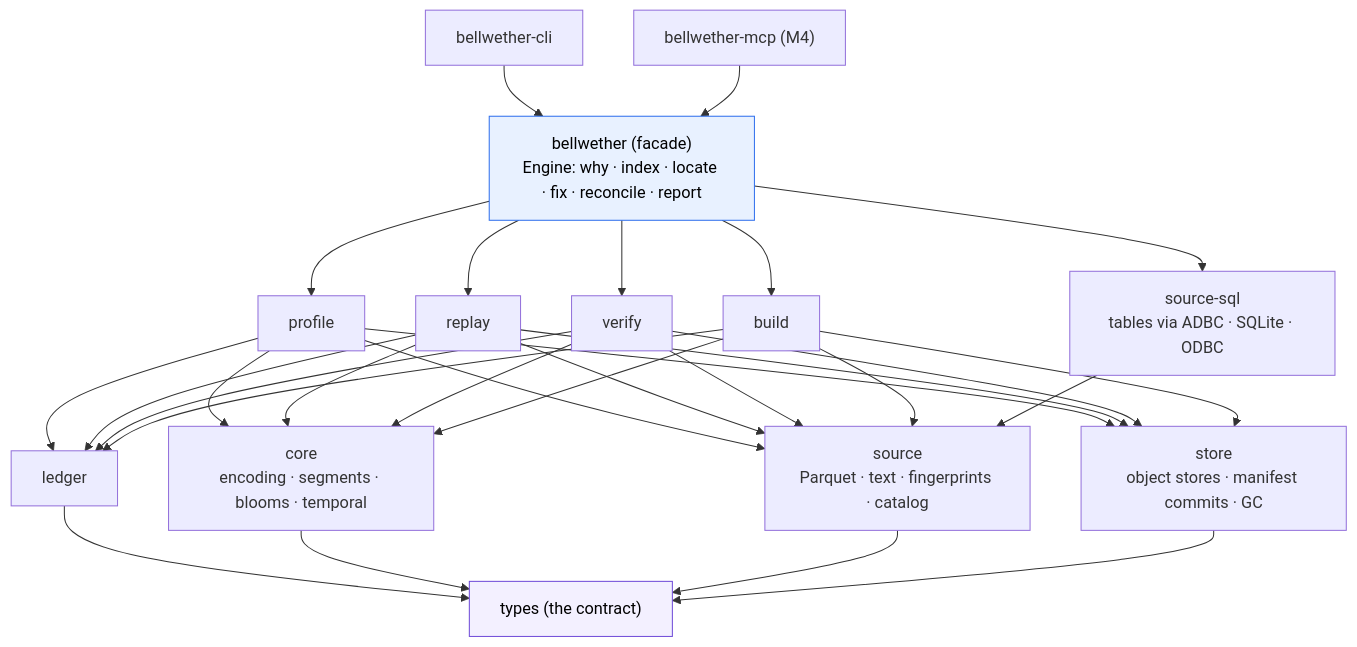
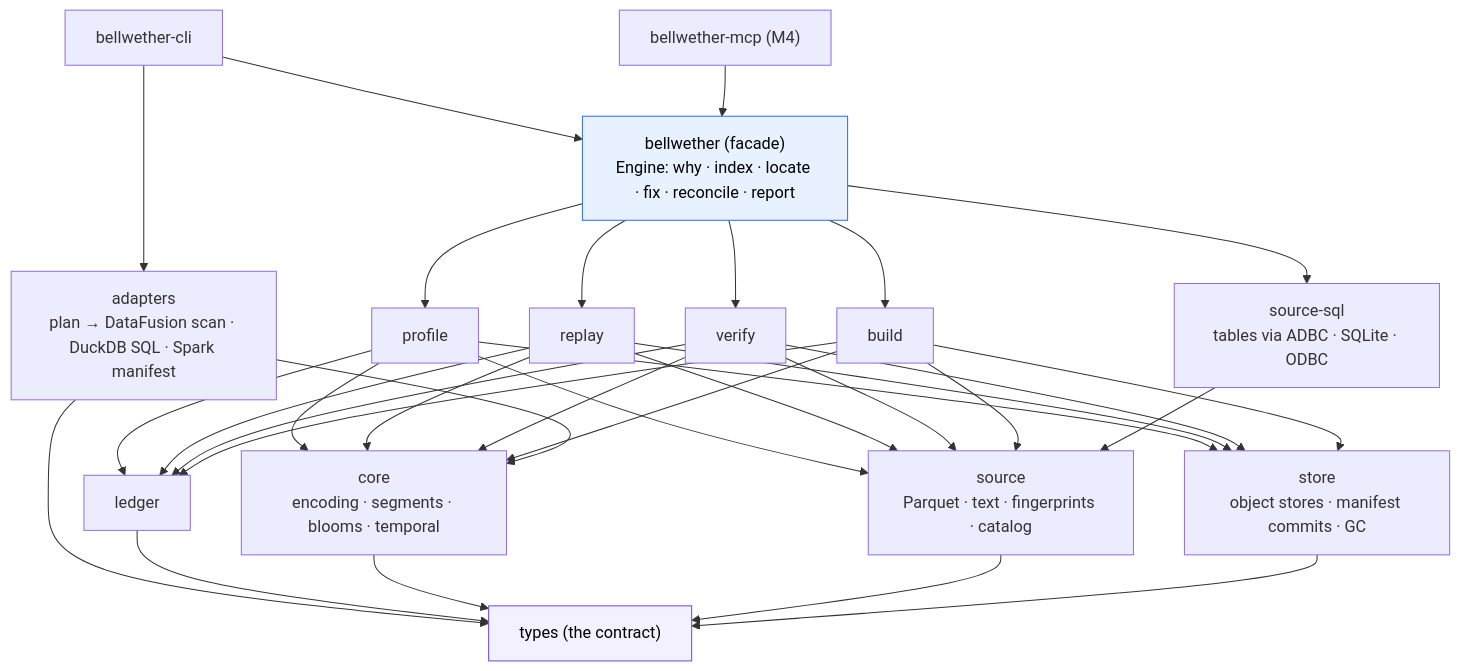
The fourth of 4 diagrams in docs/architecture.md (vncp/bellwether), drawn with Mermaid before and after one commit. The commit also changed other lines of this file and 13 other files, not shown here.

````diff
--- a/docs/architecture.md
+++ b/docs/architecture.md
@@ -115,15 +116,17 @@
 ```mermaid
 flowchart TB
     CLI["bellwether-cli"] --> FAC["bellwether (facade)<br/>Engine: why · index · locate · fix · reconcile · report"]
     MCP["bellwether-mcp (M4)"] --> FAC
     FAC --> PROF["profile"] & REP["replay"] & VER["verify"] & BLD["build"]
     PROF & REP & VER & BLD --> LED["ledger"]
     PROF & REP & VER & BLD --> CORE["core<br/>encoding · segments · blooms · temporal"]
     PROF & REP & VER & BLD --> SRC["source<br/>Parquet · text · fingerprints · catalog"]
     FAC --> SQL["source-sql<br/>tables via ADBC · SQLite · ODBC"]
     SQL --> SRC
+    CLI --> ADP["adapters<br/>plan → DataFusion scan · DuckDB SQL · Spark manifest"]
+    ADP --> CORE & TY
     PROF & REP & VER & BLD --> STO["store<br/>object stores · manifest commits · GC"]
     LED & CORE & SRC & STO --> TY["types (the contract)"]
     style TY fill:#f3f0ff,stroke:#6f4bd8,color:#000
     style FAC fill:#e8f1ff,stroke:#2f6fed,color:#000
 ```
````
